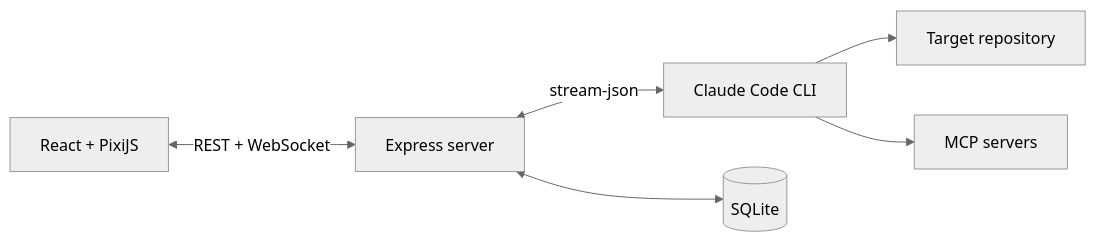
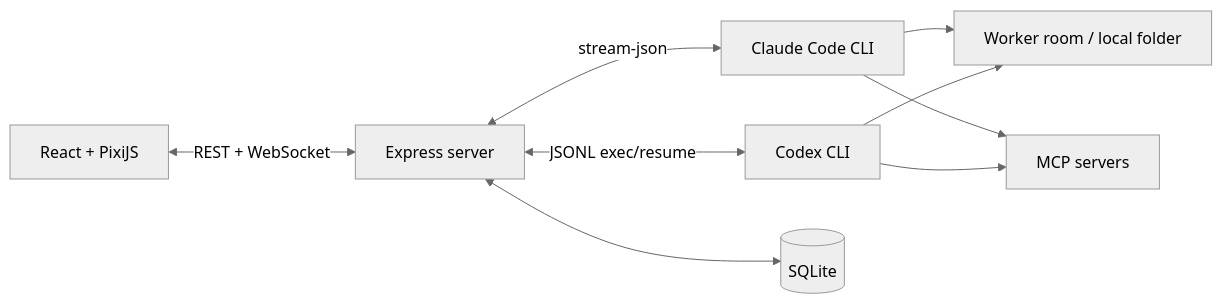
The diagram in README.md (juinwei7/Pixel-Crew), drawn with Mermaid (neutral theme) before and after one commit. The commit also changed other lines of this file and 39 other files, not shown here.

````diff
--- a/README.md
+++ b/README.md
@@ -22,8 +28,11 @@
 ```mermaid
 flowchart LR
     UI[React + PixiJS] <-->|REST + WebSocket| Server[Express server]
-    Server <-->|stream-json| CLI[Claude Code CLI]
+    Server <-->|stream-json| Claude[Claude Code CLI]
+    Server <-->|JSONL exec/resume| Codex[Codex CLI]
     Server <--> DB[(SQLite)]
-    CLI --> Repo[Target repository]
-    CLI --> MCP[MCP servers]
+    Claude --> Rooms[Worker room / local folder]
+    Codex --> Rooms
+    Claude --> MCP[MCP servers]
+    Codex --> MCP
 ```
````
